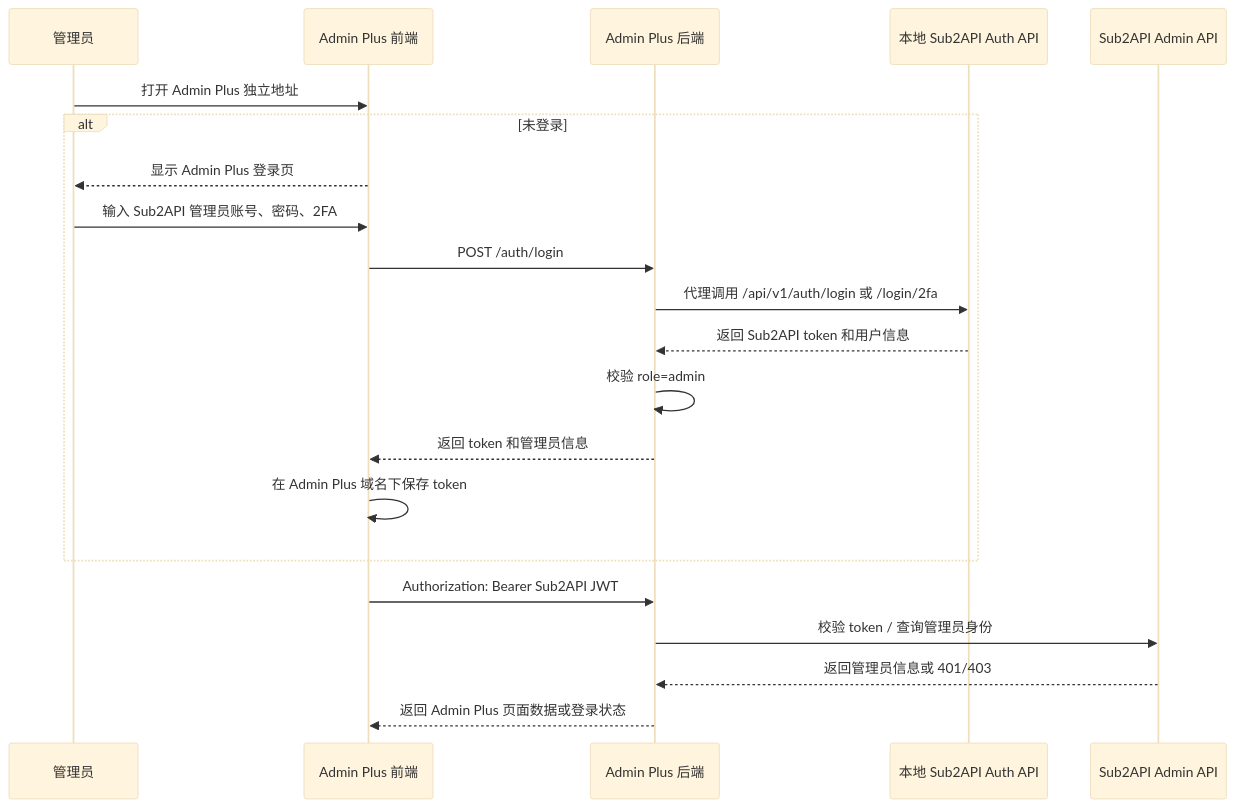
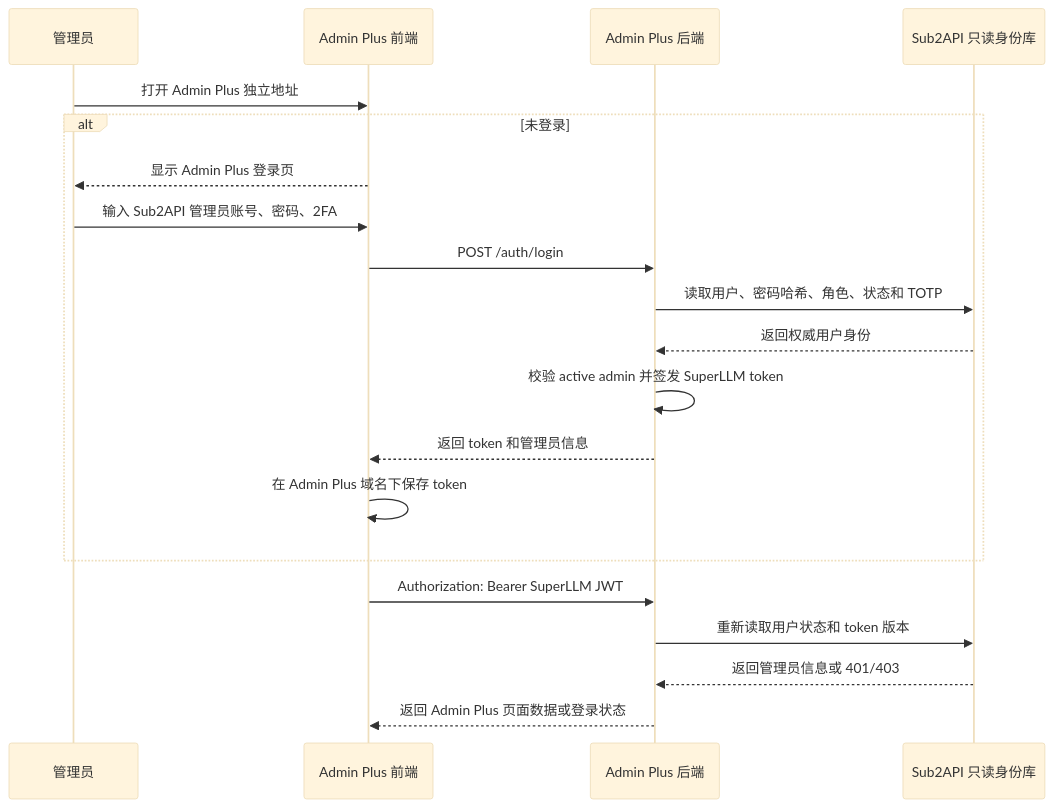
One commit to openrelayllm/superllm changed the fourth of 12 diagrams in docs/sub2api-admin-plus-prd.md. Above: the diagram before and after it, drawn with Mermaid (base theme). The commit also changed other lines of this file and 17 other files, not shown here.

First line of the commit message:
fix: release SuperLLM v0.42.1 (#1)

````diff
--- a/docs/sub2api-admin-plus-prd.md
+++ b/docs/sub2api-admin-plus-prd.md
@@ -1014,24 +1014,23 @@
 ```mermaid
 sequenceDiagram
   participant A as 管理员
   participant P as Admin Plus 前端
   participant B as Admin Plus 后端
-  participant S as 本地 Sub2API Auth API
-  participant API as Sub2API Admin API
+  participant S as Sub2API 只读身份库
 
   A->>P: 打开 Admin Plus 独立地址
   alt 未登录
     P-->>A: 显示 Admin Plus 登录页
     A->>P: 输入 Sub2API 管理员账号、密码、2FA
     P->>B: POST /auth/login
-    B->>S: 代理调用 /api/v1/auth/login 或 /login/2fa
-    S-->>B: 返回 Sub2API token 和用户信息
-    B->>B: 校验 role=admin
+    B->>S: 读取用户、密码哈希、角色、状态和 TOTP
+    S-->>B: 返回权威用户身份
+    B->>B: 校验 active admin 并签发 SuperLLM token
     B-->>P: 返回 token 和管理员信息
     P->>P: 在 Admin Plus 域名下保存 token
   end
-  P->>B: Authorization: Bearer Sub2API JWT
-  B->>API: 校验 token / 查询管理员身份
-  API-->>B: 返回管理员信息或 401/403
+  P->>B: Authorization: Bearer SuperLLM JWT
+  B->>S: 重新读取用户状态和 token 版本
+  S-->>B: 返回管理员信息或 401/403
   B-->>P: 返回 Admin Plus 页面数据或登录状态
 ```
````
